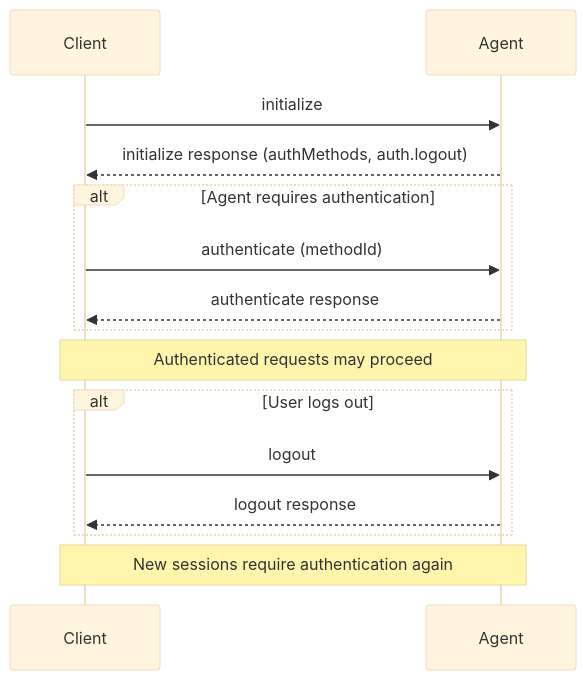
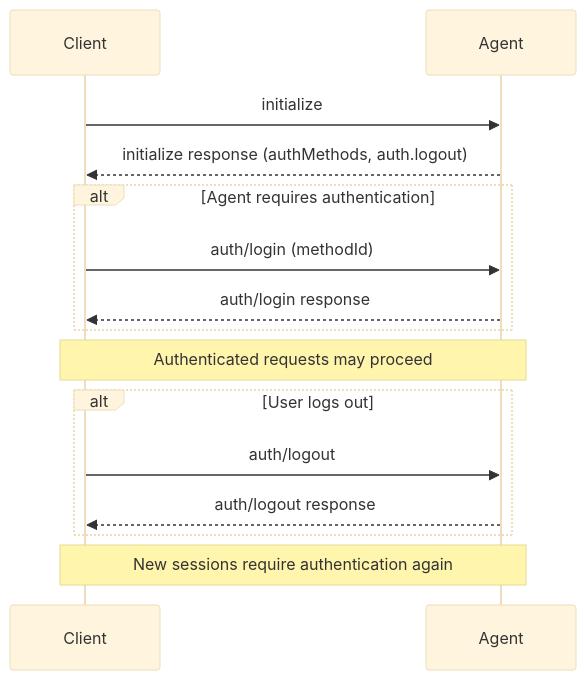
One commit to dayanruben/agent-client-protocol changed the diagram in docs/protocol/v2/authentication.mdx. Above: the diagram before and after it, drawn with Mermaid (base theme). The commit also changed other lines of this file and 18 other files, not shown here.

````diff
--- a/docs/protocol/v2/authentication.mdx
+++ b/docs/protocol/v2/authentication.mdx
@@ -10,22 +10,22 @@
 ```mermaid
 sequenceDiagram
     participant Client
     participant Agent
 
     Client->>Agent: initialize
     Agent-->>Client: initialize response (authMethods, auth.logout)
 
     alt Agent requires authentication
-        Client->>Agent: authenticate (methodId)
-        Agent-->>Client: authenticate response
+        Client->>Agent: auth/login (methodId)
+        Agent-->>Client: auth/login response
     end
 
     Note over Client,Agent: Authenticated requests may proceed
 
     alt User logs out
-        Client->>Agent: logout
-        Agent-->>Client: logout response
+        Client->>Agent: auth/logout
+        Agent-->>Client: auth/logout response
     end
 
     Note over Client,Agent: New sessions require authentication again
 ```
````
